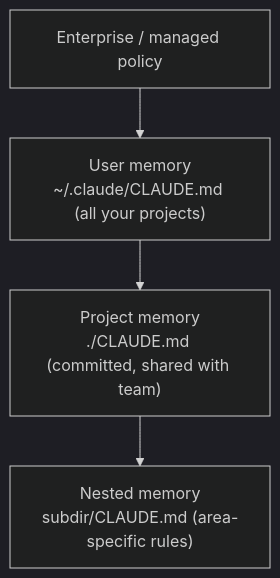
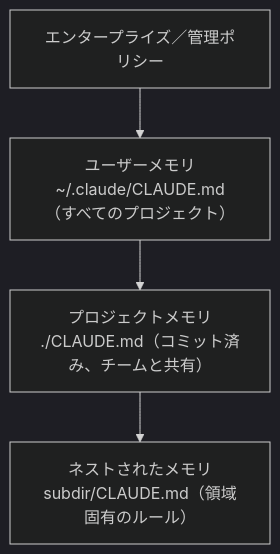
One commit to derob98/ailmanac changed the diagram in i18n/ja/docusaurus-plugin-content-docs/current/claude-code/claude-md.mdx. Above: the diagram before and after it, drawn with Mermaid (dark theme). The commit also changed other lines of this file and 5 other files, not shown here.

````diff
--- a/i18n/ja/docusaurus-plugin-content-docs/current/claude-code/claude-md.mdx
+++ b/i18n/ja/docusaurus-plugin-content-docs/current/claude-code/claude-md.mdx
@@ -23,6 +25,6 @@
 ```mermaid
 flowchart TD
-  A["Enterprise / managed policy"] --> B["User memory<br/>~/.claude/CLAUDE.md (all your projects)"]
-  B --> C["Project memory<br/>./CLAUDE.md (committed, shared with team)"]
-  C --> D["Nested memory<br/>subdir/CLAUDE.md (area-specific rules)"]
+  A["エンタープライズ／管理ポリシー"] --> B["ユーザーメモリ<br/>~/.claude/CLAUDE.md（すべてのプロジェクト）"]
+  B --> C["プロジェクトメモリ<br/>./CLAUDE.md（コミット済み、チームと共有）"]
+  C --> D["ネストされたメモリ<br/>subdir/CLAUDE.md（領域固有のルール）"]
 ```
````
